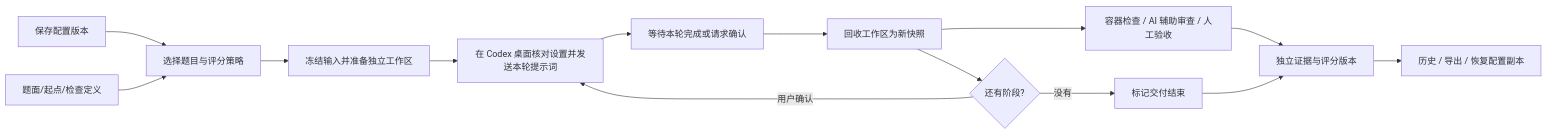
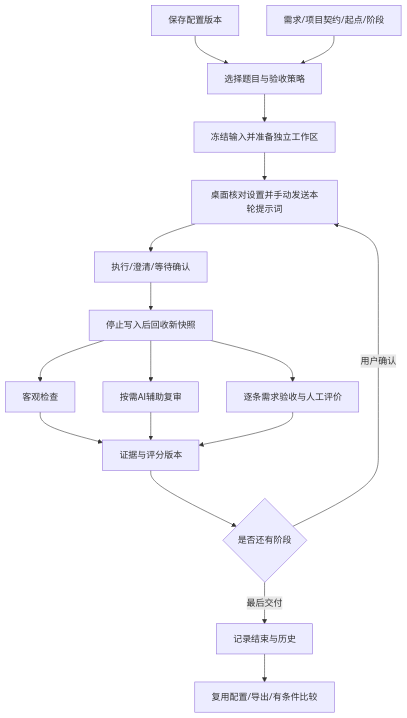
The first of 2 diagrams in docs/PROJECT_SPEC.md (devonsagr/Codex-Harness-Bench), drawn with Mermaid before and after one commit. The commit also changed other lines of this file and 19 other files, not shown here.

````diff
--- a/docs/PROJECT_SPEC.md
+++ b/docs/PROJECT_SPEC.md
@@ -15,16 +37,19 @@
 ```mermaid
-flowchart LR
-  A[保存配置版本] --> C[选择题目与评分策略]
-  B[题面/起点/检查定义] --> C
-  C --> D[冻结输入并准备独立工作区]
-  D --> E[在 Codex 桌面核对设置并发送本轮提示词]
-  E --> F[等待本轮完成或请求确认]
-  F --> G[回收工作区为新快照]
-  G --> H[容器检查 / AI 辅助审查 / 人工验收]
-  G --> I{还有阶段?}
-  I -->|用户确认| E
-  I -->|没有| J[标记交付结束]
-  H --> K[独立证据与评分版本]
-  J --> K
-  K --> L[历史 / 导出 / 恢复配置副本]
+flowchart TD
+  C[保存配置版本] --> P[选择题目与验收策略]
+  T[需求/项目契约/起点/阶段] --> P
+  P --> F[冻结输入并准备独立工作区]
+  F --> D[桌面核对设置并手动发送本轮提示词]
+  D --> W[执行/澄清/等待确认]
+  W --> S[停止写入后回收新快照]
+  S --> O[客观检查]
+  S --> A[按需AI辅助复审]
+  S --> H[逐条需求验收与人工评价]
+  O --> E[证据与评分版本]
+  A --> E
+  H --> E
+  E --> N{是否还有阶段}
+  N -->|用户确认| D
+  N -->|最后交付| R[记录结束与历史]
+  R --> X[复用配置/导出/有条件比较]
 ```
````
